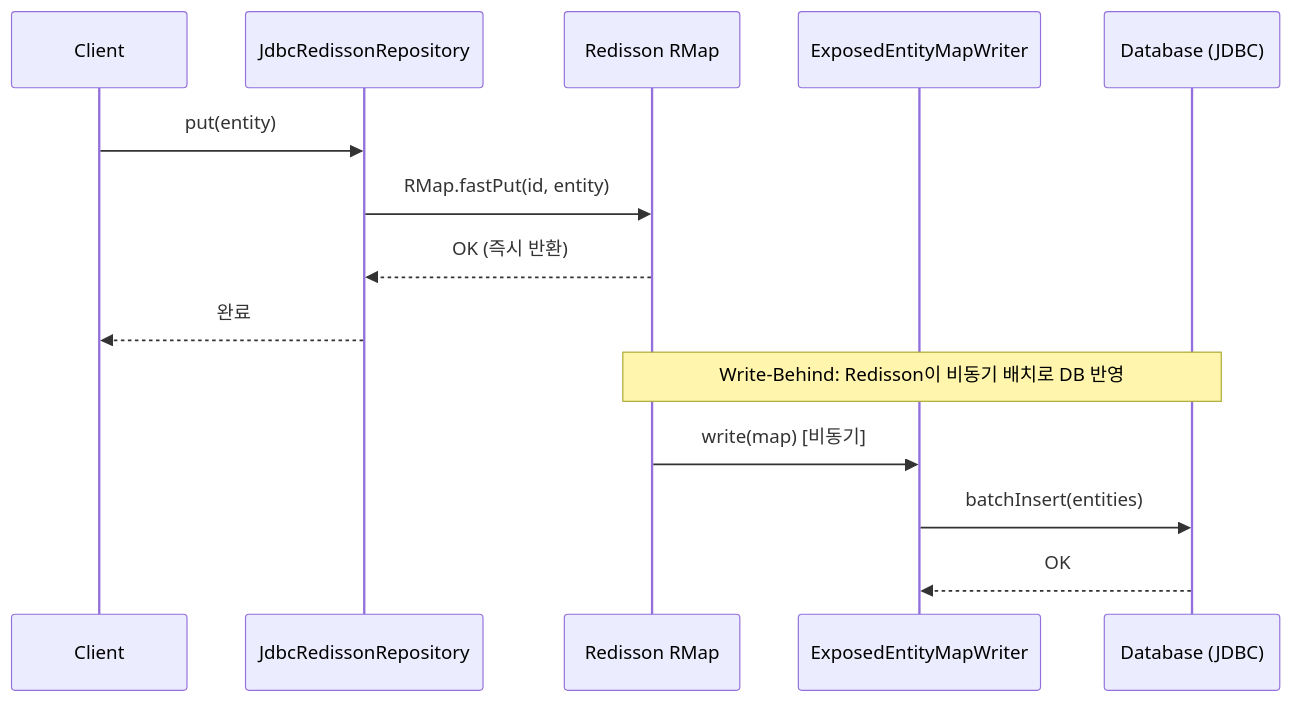
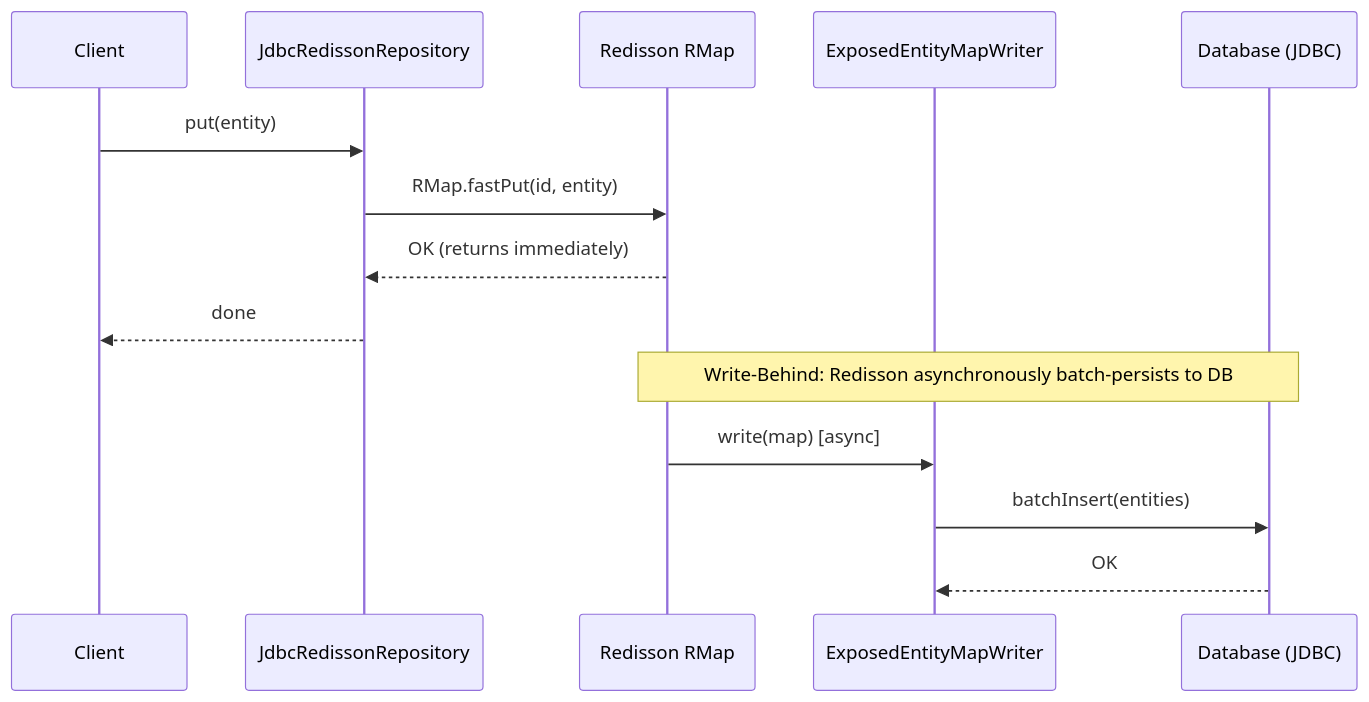
One commit to bluetape4k/bluetape4k-projects changed the sixth of 9 diagrams in data/exposed-jdbc-redisson/README.md. Above: the diagram before and after it, drawn with Mermaid. The commit also changed other lines of this file and 265 other files, not shown here.

````diff
--- a/data/exposed-jdbc-redisson/README.md
+++ b/data/exposed-jdbc-redisson/README.md
@@ -449,18 +450,18 @@
 ```mermaid
 sequenceDiagram
     participant Client as Client
     participant Repo as JdbcRedissonRepository
     participant RMap as Redisson RMap
     participant Writer as ExposedEntityMapWriter
     participant DB as Database (JDBC)
 
     Client->>Repo: put(entity)
     Repo->>RMap: RMap.fastPut(id, entity)
-    RMap-->>Repo: OK (즉시 반환)
-    Repo-->>Client: 완료
+    RMap-->>Repo: OK (returns immediately)
+    Repo-->>Client: done
 
-    Note over RMap,DB: Write-Behind: Redisson이 비동기 배치로 DB 반영
-    RMap->>Writer: write(map) [비동기]
+    Note over RMap,DB: Write-Behind: Redisson asynchronously batch-persists to DB
+    RMap->>Writer: write(map) [async]
     Writer->>DB: batchInsert(entities)
     DB-->>Writer: OK
 ```
````
